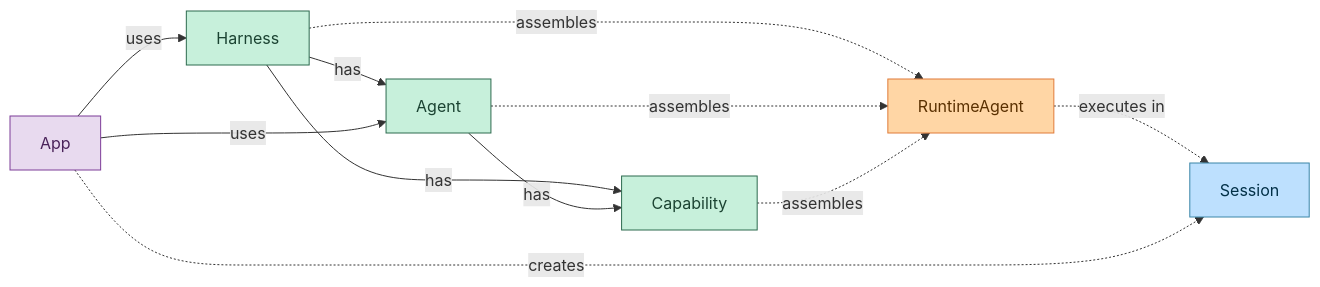
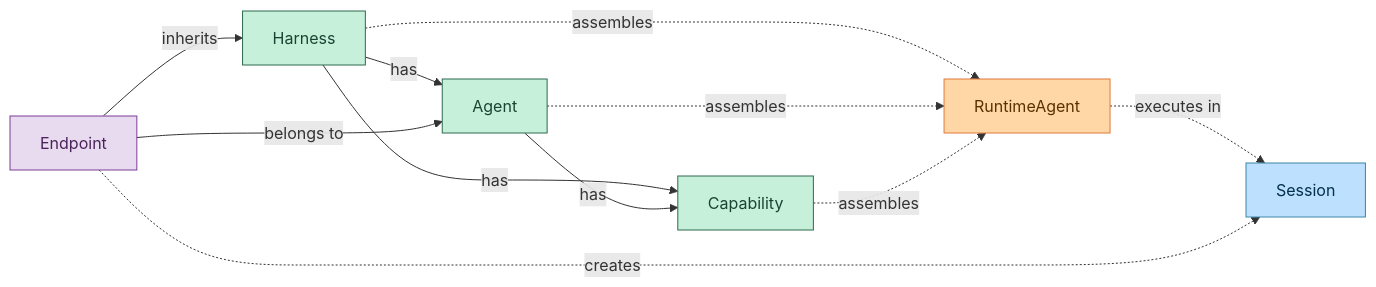
Before and after one commit to everruns/everruns: the diagram in docs/images/concepts/configuration-hierarchy.mmd, drawn with Mermaid. The commit also changed 18 other files, not shown here.

```diff
--- a/docs/images/concepts/configuration-hierarchy.mmd
+++ b/docs/images/concepts/configuration-hierarchy.mmd
@@ -1,24 +1,24 @@
 graph LR
     Harness -->|has| Agent
     Harness -->|has| Capability
     Agent -->|has| Capability
 
     Harness -.->|assembles| RuntimeAgent
     Agent -.->|assembles| RuntimeAgent
     Capability -.->|assembles| RuntimeAgent
 
     RuntimeAgent -.->|executes in| Session
 
-    App -->|uses| Harness
-    App -->|uses| Agent
-    App -.->|creates| Session
+    Endpoint -->|inherits| Harness
+    Endpoint -->|belongs to| Agent
+    Endpoint -.->|creates| Session
 
     classDef config fill:#c7f0db,stroke:#2d6a4f,color:#1b4332
     classDef assembly fill:#ffd6a5,stroke:#e07b39,color:#5a3000
     classDef runtime fill:#bde0fe,stroke:#3a86a8,color:#023047
     classDef deploy fill:#e8daef,stroke:#7d3c98,color:#4a235a
 
     class Harness,Agent,Capability config
     class RuntimeAgent assembly
     class Session runtime
-    class App deploy
+    class Endpoint deploy
```
